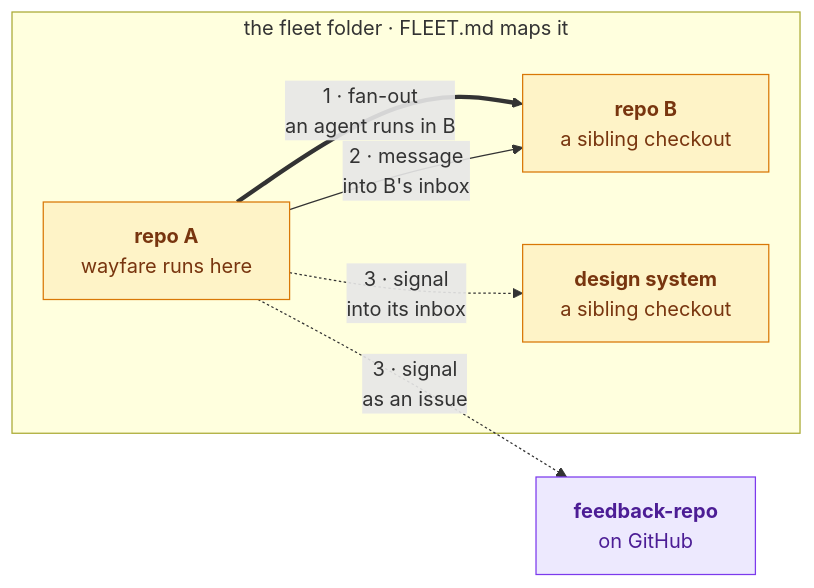
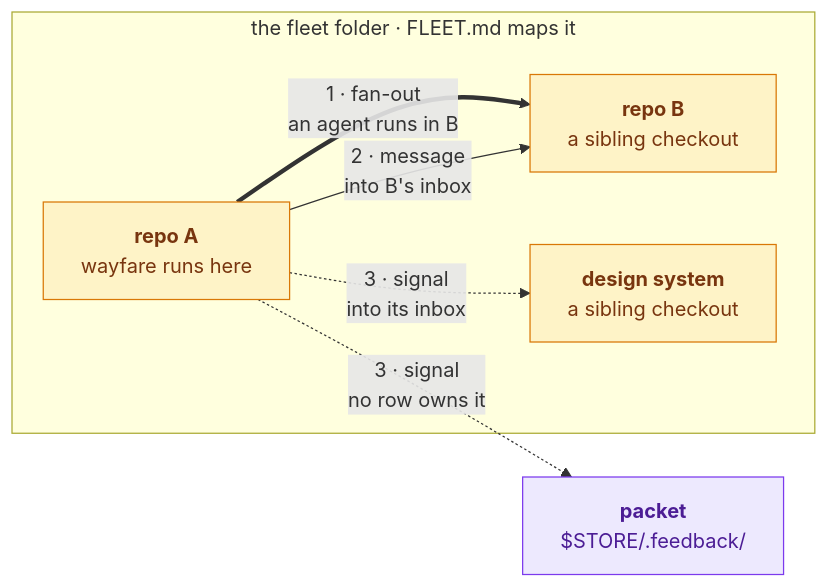
One commit to ai-hero/hero-skills changed the fourth of 4 diagrams in README.md. Above: the diagram before and after it, drawn with Mermaid. The commit also changed other lines of this file and 29 other files, not shown here.

````diff
--- a/README.md
+++ b/README.md
@@ -178,19 +178,19 @@
 ```mermaid
 flowchart LR
   subgraph FLEET["the fleet folder · FLEET.md maps it"]
     A["<b>repo A</b><br/>wayfare runs here"]
     B["<b>repo B</b><br/>a sibling checkout"]
     DS["<b>design system</b><br/>a sibling checkout"]
   end
-  TRACKER["<b>feedback-repo</b><br/>on GitHub"]
+  PACKET["<b>packet</b><br/>$STORE/.feedback/"]
 
   A == "1 · fan-out<br/>an agent runs in B" ==> B
   A -- "2 · message<br/>into B's inbox" --> B
   A -. "3 · signal<br/>into its inbox" .-> DS
-  A -. "3 · signal<br/>as an issue" .-> TRACKER
+  A -. "3 · signal<br/>no row owns it" .-> PACKET
 
   classDef repo fill:#FEF3C7,stroke:#D97706,color:#78350F
   classDef out fill:#EDE9FE,stroke:#7C3AED,color:#4C1D95
   class A,B,DS repo
-  class TRACKER out
+  class PACKET out
 ```
````
